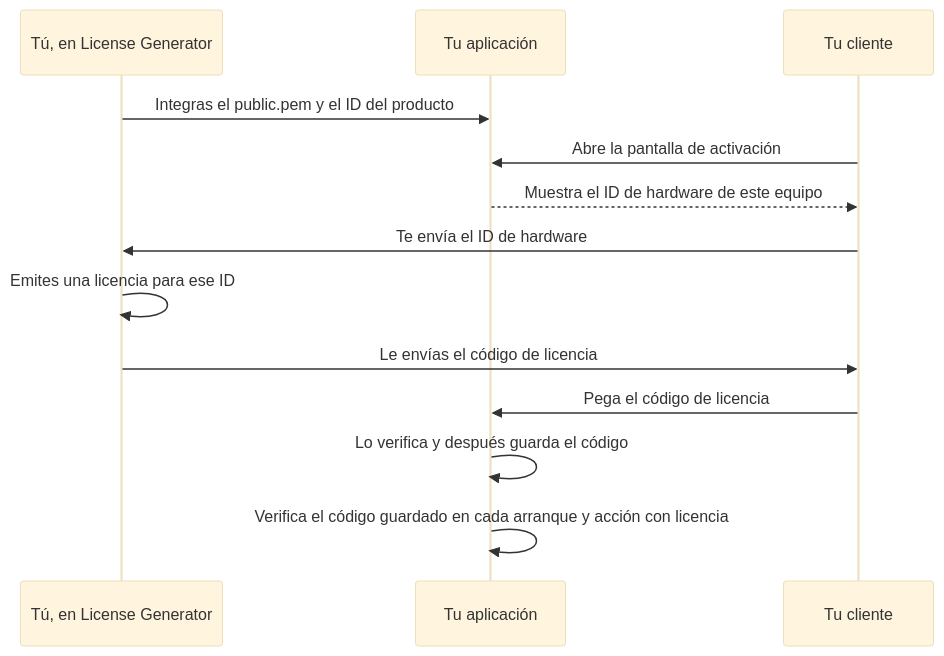
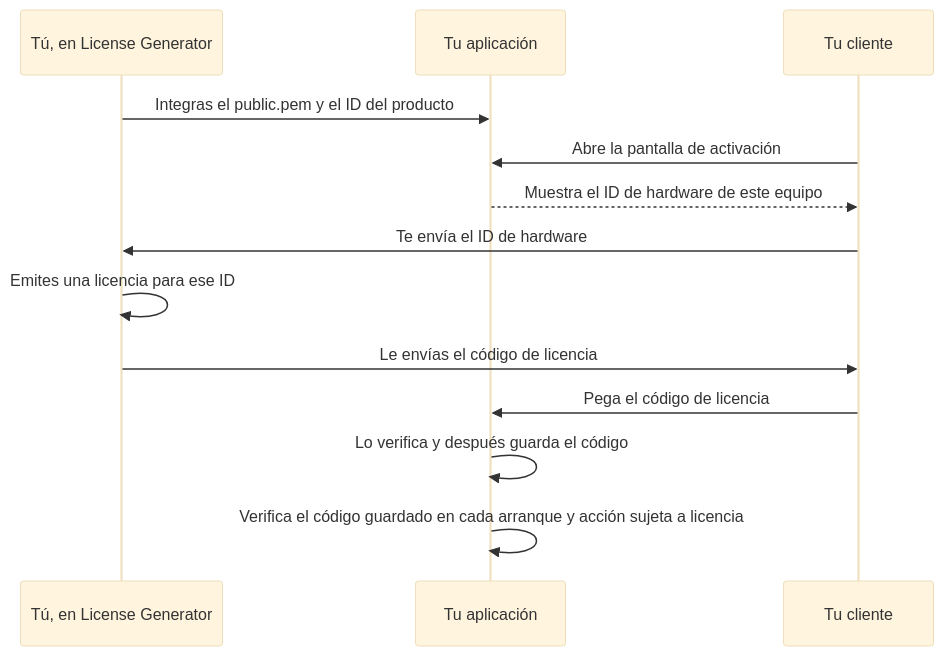
The diagram in docs/es/INTEGRATION.md (gonzapersonalsite/LicenseGenerator-Docs-), drawn with Mermaid (base theme) before and after one commit. The commit also changed other lines of this file and 17 other files, not shown here.

````diff
--- a/docs/es/INTEGRATION.md
+++ b/docs/es/INTEGRATION.md
@@ -14,15 +14,15 @@
 ```mermaid
 sequenceDiagram
     participant You as Tú, en License Generator
     participant App as Tu aplicación
     participant User as Tu cliente
     You->>App: Integras el public.pem y el ID del producto
     User->>App: Abre la pantalla de activación
     App-->>User: Muestra el ID de hardware de este equipo
     User->>You: Te envía el ID de hardware
     You->>You: Emites una licencia para ese ID
     You->>User: Le envías el código de licencia
     User->>App: Pega el código de licencia
     App->>App: Lo verifica y después guarda el código
-    App->>App: Verifica el código guardado en cada arranque y acción con licencia
+    App->>App: Verifica el código guardado en cada arranque y acción sujeta a licencia
 ```
````
